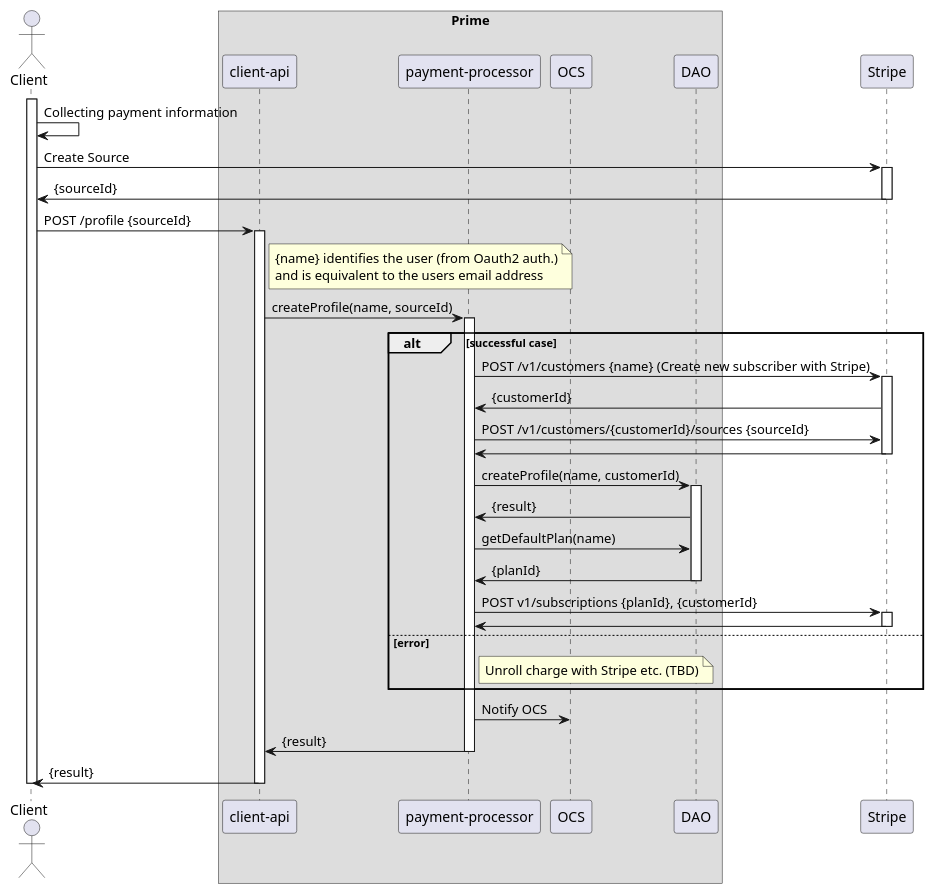
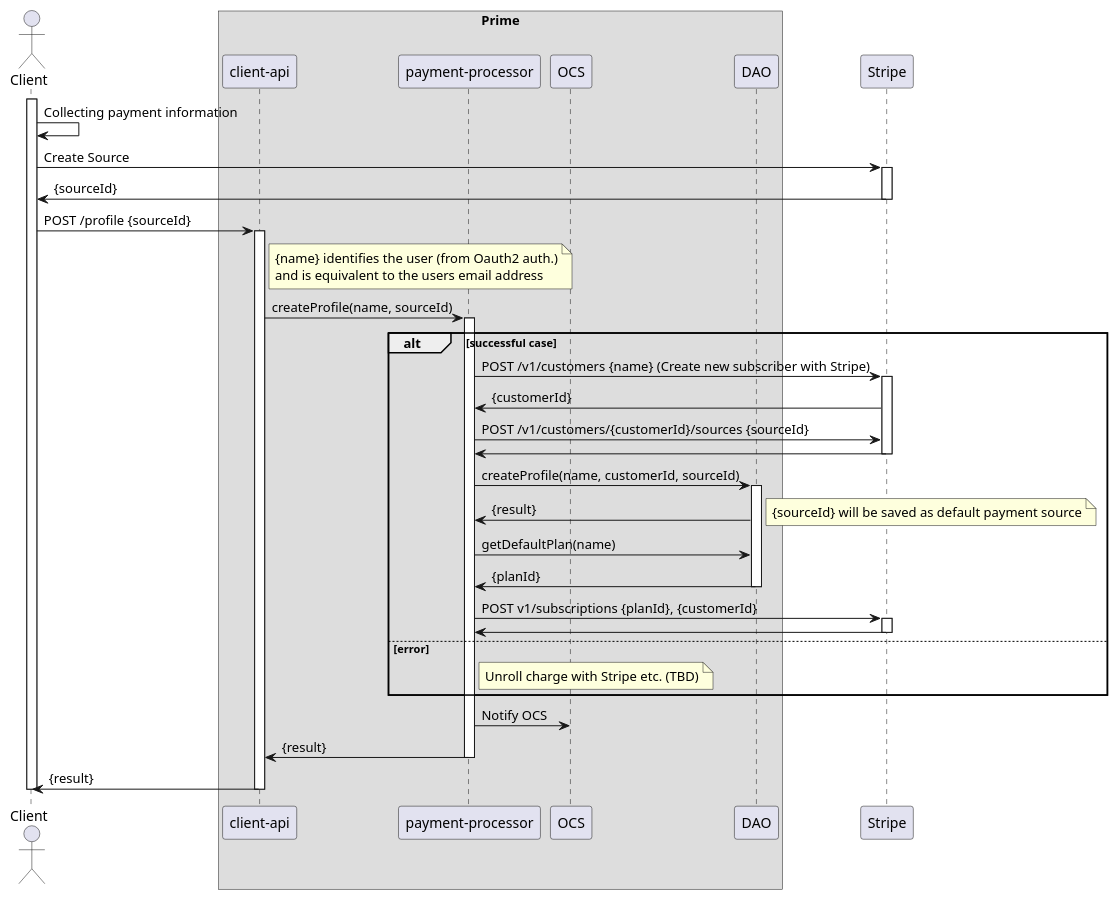
Before and after one commit to ostelco/ostelco-core: the diagram in payment-processor/doc/puml/create-new-subscriber.puml, drawn with PlantUML. The commit also changed 3 other files, not shown here.

Commit message:
Adds flow diagrams for purchase with default source

```diff
--- a/payment-processor/doc/puml/create-new-subscriber.puml
+++ b/payment-processor/doc/puml/create-new-subscriber.puml
@@ -1,69 +1,70 @@
 @startuml
 
 actor Client
 participant Client
 
 box "Prime"
     participant "client-api"
     participant "payment-processor"
     participant OCS
     participant DAO
 end box
 participant Stripe
 
 activate Client
     Client -> Client : Collecting payment information
 
     Client -> Stripe : Create Source
     activate Stripe
     Stripe -> Client : {sourceId}
     deactivate Stripe
 
     Client -> "client-api": POST /profile {sourceId}
     activate "client-api"
     note right of "client-api"
        {name} identifies the user (from Oauth2 auth.)
        and is equivalent to the users email address
     end note
 
     "client-api" -> "payment-processor" : createProfile(name, sourceId)
     activate "payment-processor"
 
     alt successful case
        "payment-processor" -> Stripe : POST /v1/customers {name} (Create new subscriber with Stripe)
        activate Stripe
        "Stripe" -> "payment-processor" : {customerId}
 
        "payment-processor" -> Stripe : POST /v1/customers/{customerId}/sources {sourceId}
        "Stripe" -> "payment-processor"
        deactivate Stripe
 
-       "payment-processor" -> DAO : createProfile(name, customerId)
+       "payment-processor" -> DAO : createProfile(name, customerId, sourceId)
        activate DAO
        DAO -> "payment-processor" : {result}
+       note right : {sourceId} will be saved as default payment source
 
        "payment-processor" -> DAO : getDefaultPlan(name)
        DAO -> "payment-processor" : {planId}
        deactivate DAO
 
        "payment-processor" -> Stripe : POST v1/subscriptions {planId}, {customerId}
        activate Stripe
        "Stripe" -> "payment-processor"
        deactivate Stripe
 
     else error
        note right of "payment-processor" : Unroll charge with Stripe etc. (TBD)
 
     end
 
     "payment-processor" -> OCS : Notify OCS
 
     "payment-processor" -> "client-api" : {result}
     deactivate "payment-processor"
 
     "client-api" -> Client : {result}
     deactivate "client-api"
 
 deactivate Client
 
 @enduml
```
